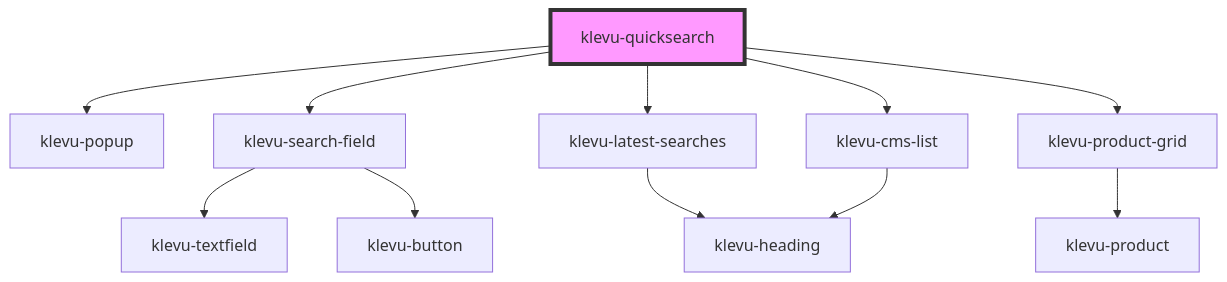
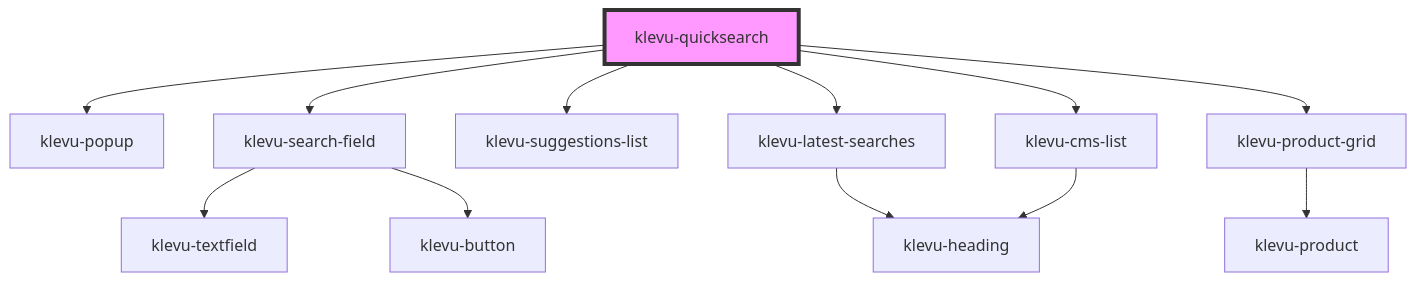
One commit to klevultd/frontend-sdk changed the diagram in packages/klevu-ui/src/components/klevu-quicksearch/readme.md. Above: the diagram before and after it, drawn with Mermaid. The commit also changed other lines of this file and 23 other files, not shown here.

````diff
--- a/packages/klevu-ui/src/components/klevu-quicksearch/readme.md
+++ b/packages/klevu-ui/src/components/klevu-quicksearch/readme.md
@@ -37,14 +31,15 @@
 ```mermaid
 graph TD;
   klevu-quicksearch --> klevu-popup
   klevu-quicksearch --> klevu-search-field
+  klevu-quicksearch --> klevu-suggestions-list
   klevu-quicksearch --> klevu-latest-searches
   klevu-quicksearch --> klevu-cms-list
   klevu-quicksearch --> klevu-product-grid
   klevu-search-field --> klevu-textfield
   klevu-search-field --> klevu-button
   klevu-latest-searches --> klevu-heading
   klevu-cms-list --> klevu-heading
   klevu-product-grid --> klevu-product
   style klevu-quicksearch fill:#f9f,stroke:#333,stroke-width:4px
 ```
````
